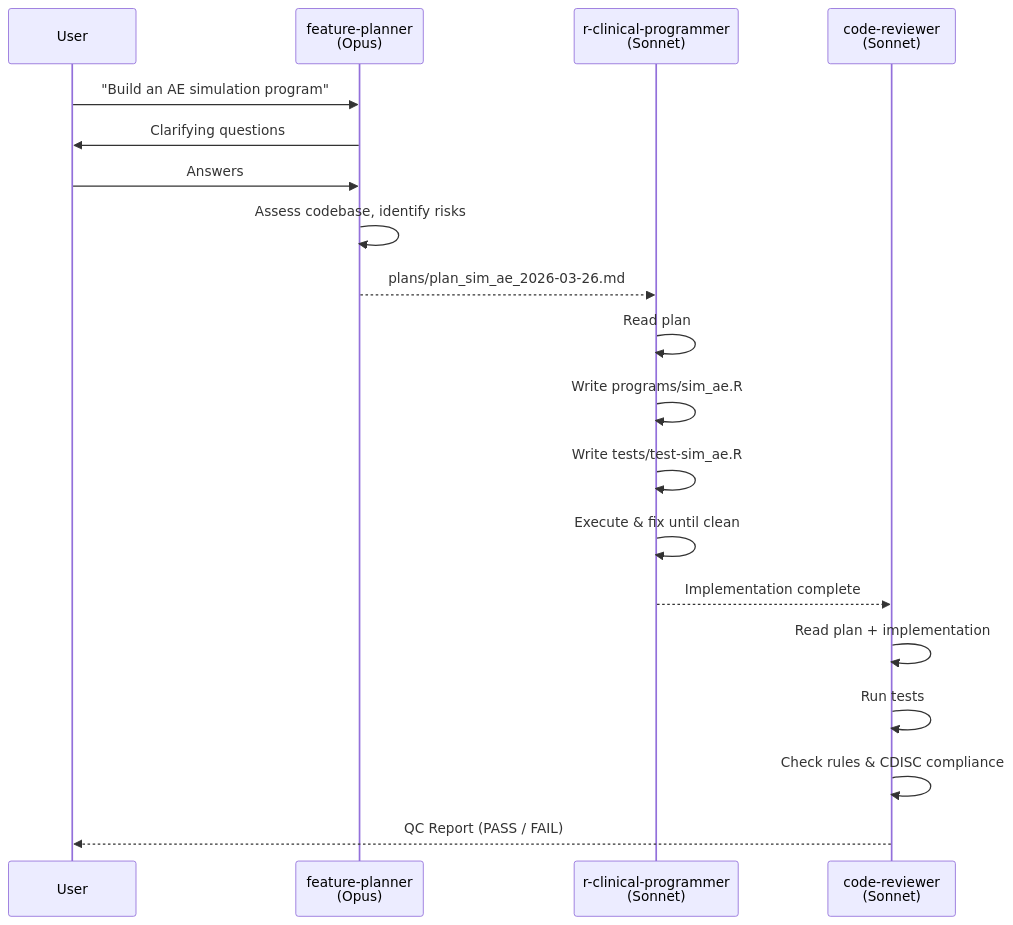
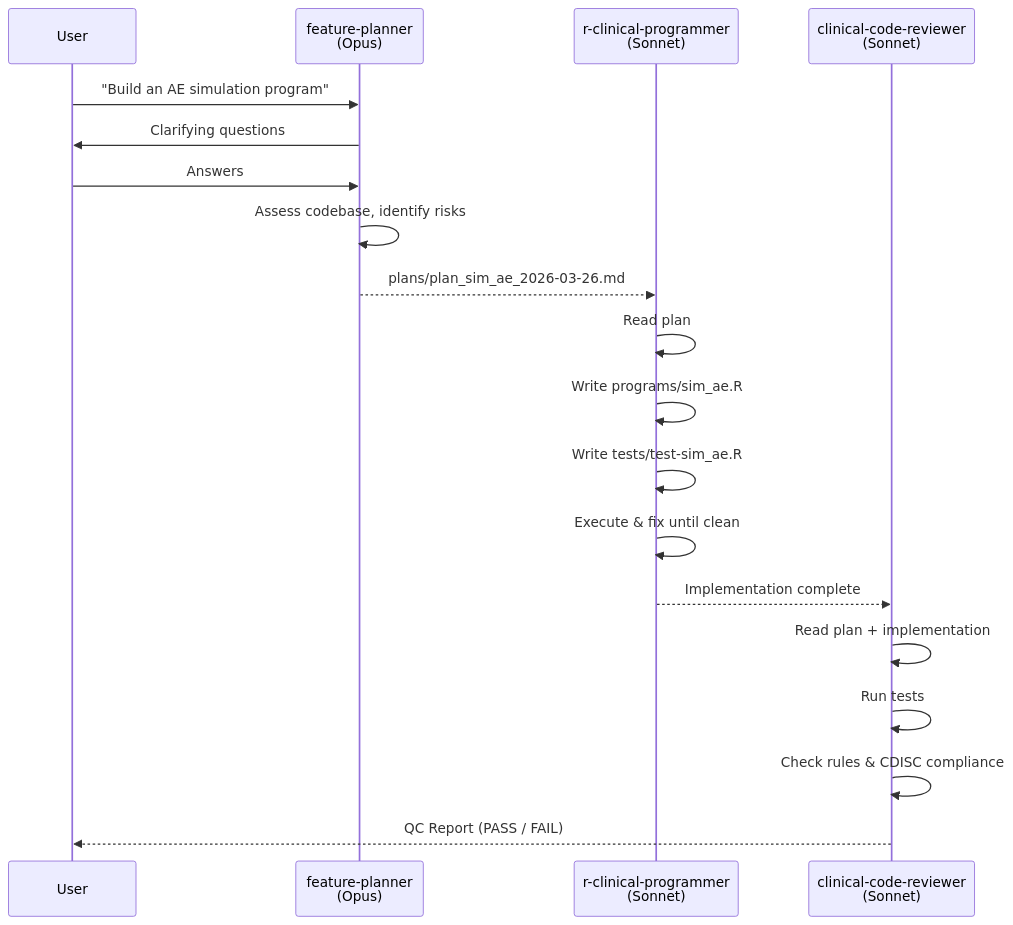
The second of 3 diagrams in claude-overview.qmd (buddha2490/claude-analytics-ref), drawn with Mermaid before and after one commit. The commit also changed other lines of this file and 10 other files, not shown here.

````diff
--- a/claude-overview.qmd
+++ b/claude-overview.qmd
@@ -143,25 +152,25 @@
 ```{mermaid}
 %%| fig-cap: "Agent orchestration pipeline"
 sequenceDiagram
     participant U as User
     participant FP as feature-planner<br/>(Opus)
     participant RCP as r-clinical-programmer<br/>(Sonnet)
-    participant CR as code-reviewer<br/>(Sonnet)
+    participant CR as clinical-code-reviewer<br/>(Sonnet)
 
     U->>FP: "Build an AE simulation program"
     FP->>U: Clarifying questions
     U->>FP: Answers
     FP->>FP: Assess codebase, identify risks
     FP-->>RCP: plans/plan_sim_ae_2026-03-26.md
 
     RCP->>RCP: Read plan
     RCP->>RCP: Write programs/sim_ae.R
     RCP->>RCP: Write tests/test-sim_ae.R
     RCP->>RCP: Execute & fix until clean
     RCP-->>CR: Implementation complete
 
     CR->>CR: Read plan + implementation
     CR->>CR: Run tests
     CR->>CR: Check rules & CDISC compliance
     CR-->>U: QC Report (PASS / FAIL)
 ```
````
